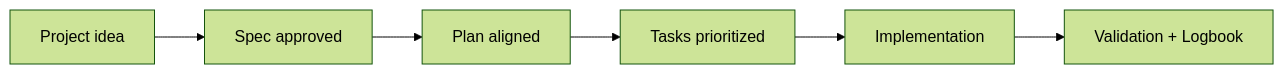
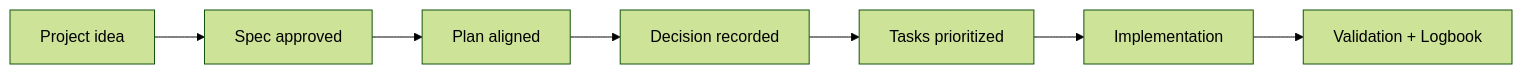
One commit to juanklagos/spec-driven-development-template changed the diagram in docs/en/24-architecture-decisions.md. Above: the diagram before and after it, drawn with Mermaid (forest theme). The commit also changed other lines of this file and 41 other files, not shown here.

````diff
--- a/docs/en/24-architecture-decisions.md
+++ b/docs/en/24-architecture-decisions.md
@@ -112,8 +169,9 @@
 ```mermaid
 flowchart LR
   A["Project idea"] --> B["Spec approved"]
   B --> C["Plan aligned"]
-  C --> D["Tasks prioritized"]
+  C --> C2["Decision recorded"]
+  C2 --> D["Tasks prioritized"]
   D --> E["Implementation"]
   E --> F["Validation + Logbook"]
 ```
````
